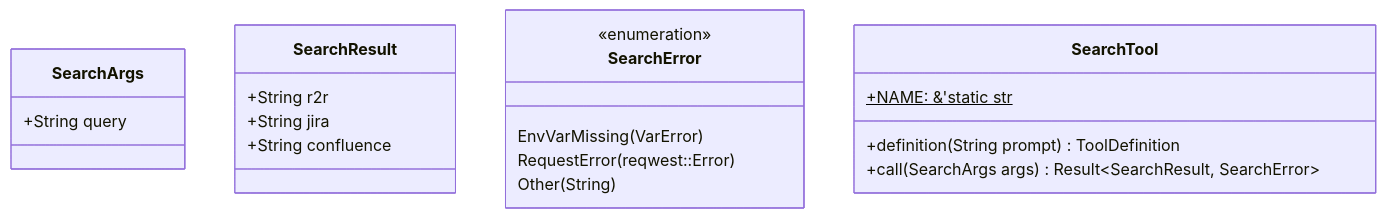
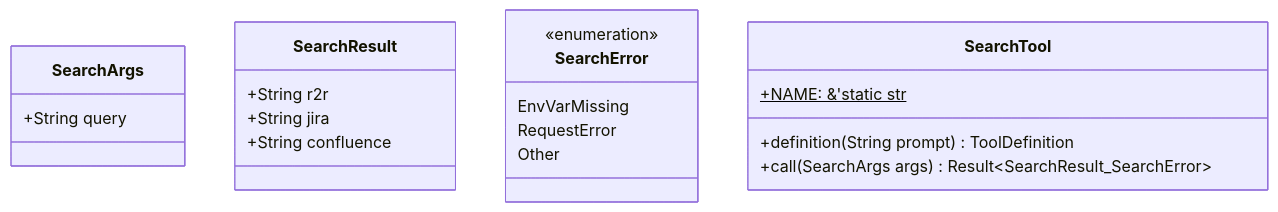
One commit to lgcorzo/fastapi-autogen-team changed the first of 2 diagrams in .knowledge/src-infrastructure-tools-search.md. Above: the diagram before and after it, drawn with Mermaid. The commit also changed 6 other files, not shown here.

Commit message:
docs: fix mermaid render syntax errors in knowledge base and add node_modules to gitignore

````diff
--- a/.knowledge/src-infrastructure-tools-search.md
+++ b/.knowledge/src-infrastructure-tools-search.md
@@ -18,25 +18,25 @@
 ```mermaid
 classDiagram
     class SearchArgs {
         +String query
     }
 
     class SearchResult {
         +String r2r
         +String jira
         +String confluence
     }
 
     class SearchError {
         <<enumeration>>
-        EnvVarMissing(VarError)
-        RequestError(reqwest::Error)
-        Other(String)
+        EnvVarMissing
+        RequestError
+        Other
     }
 
     class SearchTool {
         +NAME: &'static str$
         +definition(String prompt) ToolDefinition
-        +call(SearchArgs args) Result~SearchResult, SearchError~
+        +call(SearchArgs args) Result~SearchResult_SearchError~
     }
 ```
````
